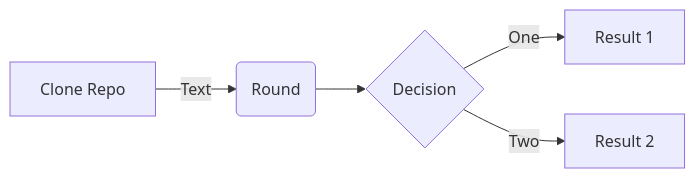
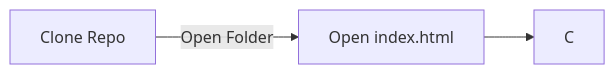
One commit to ADITYAVOFFICIAL/Skin-Disease-Classifier changed the diagram in README.md. Above: the diagram before and after it, drawn with Mermaid.

````diff
--- a/README.md
+++ b/README.md
@@ -91,8 +91,6 @@
 ```mermaid
 flowchart LR
-
-A[Clone Repo] -->|Text| B(Round)
-B --> C{Decision}
-C -->|One| D[Result 1]
-C -->|Two| E[Result 2]
+A(Round)
+A[Clone Repo] -->|Open Folder| B(Round)
+B[Open index.html] --> C
 ```
````
